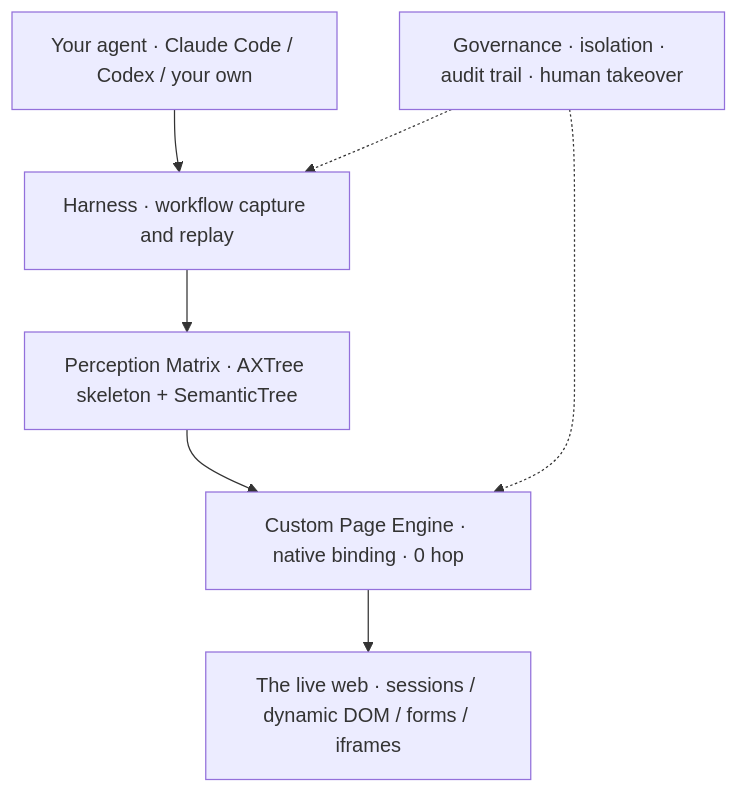
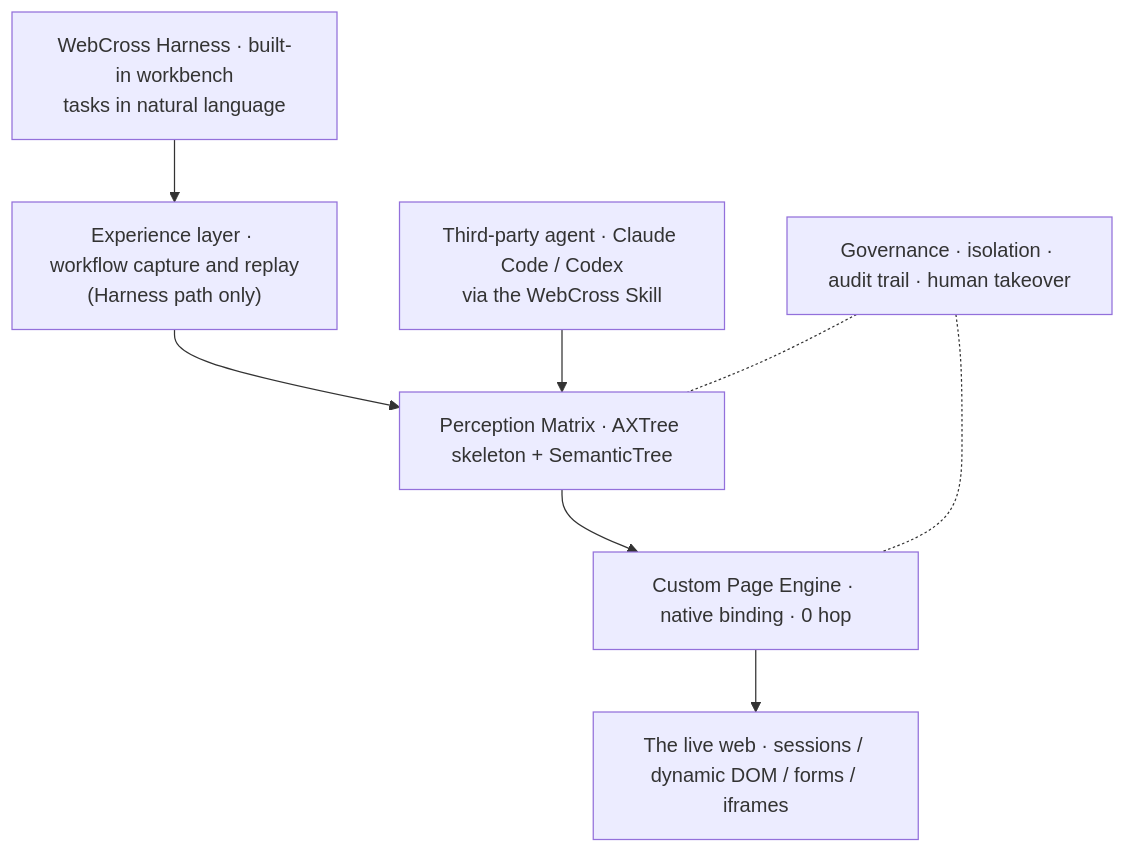
The second of 2 diagrams in profile/README.md (Aitheris/.github), drawn with Mermaid before and after one commit. The commit also changed other lines of this file, not shown here.

First line of the commit message:
docs: correct architecture diagram — Harness and Skill are separate entry points

````diff
--- a/profile/README.md
+++ b/profile/README.md
@@ -249,12 +261,15 @@
 ```mermaid
 flowchart TB
-    A["Your agent · Claude Code / Codex / your own"]
-    B["Harness · workflow capture and replay"]
+    H["WebCross Harness · built-in workbench<br/>tasks in natural language"]
+    T["Third-party agent · Claude Code / Codex<br/>via the WebCross Skill"]
+    W["Experience layer · workflow capture and replay<br/>(Harness path only)"]
     C["Perception Matrix · AXTree skeleton + SemanticTree"]
     D["Custom Page Engine · native binding · 0 hop"]
     E["The live web · sessions / dynamic DOM / forms / iframes"]
     G["Governance · isolation · audit trail · human takeover"]
-    A --> B --> C --> D --> E
-    G -.-> B
-    G -.-> D
+    H --> W --> C
+    T --> C
+    C --> D --> E
+    G -.- C
+    G -.- D
 ```
````
